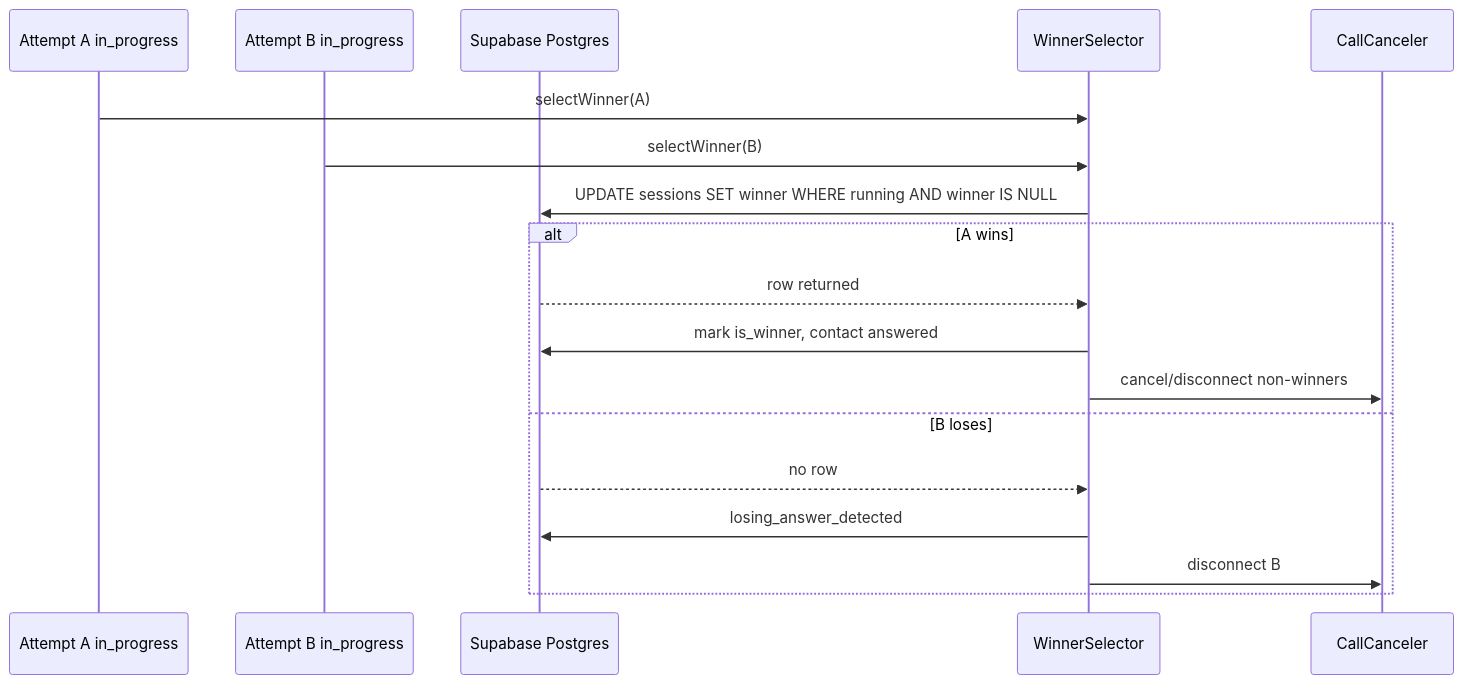
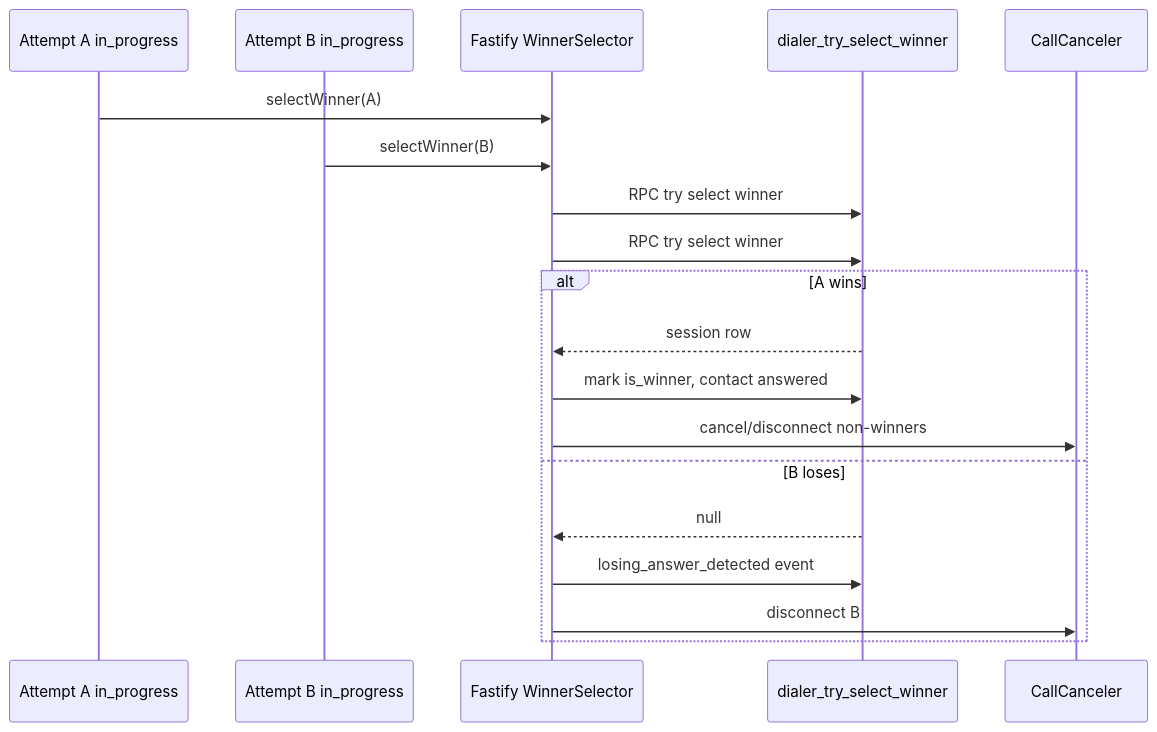
Before and after one commit to daniel-citrus/concurrent-outbound-dialer: the sixth of 7 diagrams in docs/ARCHITECTURE.md, drawn with Mermaid. The commit also changed other lines of this file and 31 other files, not shown here.

First line of the commit message:
Replace the runtime Postgres pool with Supabase service-role RPCs for atomic dialer operations.

````diff
--- a/docs/ARCHITECTURE.md
+++ b/docs/ARCHITECTURE.md
@@ -320,21 +265,22 @@
 ```mermaid
 sequenceDiagram
   participant A as Attempt A in_progress
   participant B as Attempt B in_progress
-  participant DB as Supabase Postgres
-  participant W as WinnerSelector
+  participant API as Fastify WinnerSelector
+  participant SB as dialer_try_select_winner
   participant CC as CallCanceler
 
-  A->>W: selectWinner(A)
-  B->>W: selectWinner(B)
-  W->>DB: UPDATE sessions SET winner WHERE running AND winner IS NULL
+  A->>API: selectWinner(A)
+  B->>API: selectWinner(B)
+  API->>SB: RPC try select winner
+  API->>SB: RPC try select winner
   alt A wins
-    DB-->>W: row returned
-    W->>DB: mark is_winner, contact answered
-    W->>CC: cancel/disconnect non-winners
+    SB-->>API: session row
+    API->>SB: mark is_winner, contact answered
+    API->>CC: cancel/disconnect non-winners
   else B loses
-    DB-->>W: no row
-    W->>DB: losing_answer_detected
-    W->>CC: disconnect B
+    SB-->>API: null
+    API->>SB: losing_answer_detected event
+    API->>CC: disconnect B
   end
 ```
````
